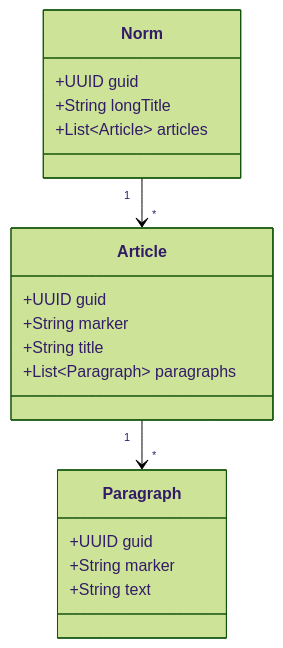
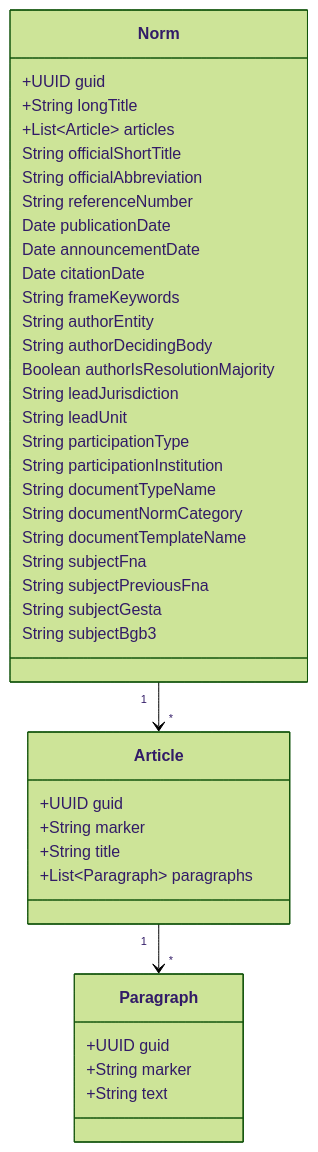
One commit to digitalservicebund/ris-backend-service changed the diagram in doc/norms/domain-model.md. Above: the diagram before and after it, drawn with Mermaid (forest theme). The commit also changed 1 other file, not shown here.

Commit message:
Added fields in Norm | Update domain model doc

````diff
--- a/doc/norms/domain-model.md
+++ b/doc/norms/domain-model.md
@@ -3,21 +3,48 @@
 ```mermaid
 classDiagram
-  class Norm
-  Norm : +UUID guid
-  Norm : +String longTitle
-  Norm : +List~Article~ articles
+  class Norm {
+    +UUID guid
+    +String longTitle
+    +List~Article~ articles
+    String officialShortTitle
+    String officialAbbreviation
+    String referenceNumber
+    Date publicationDate
+    Date announcementDate
+    Date citationDate
+    String frameKeywords
+    String authorEntity
+    String authorDecidingBody
+    Boolean authorIsResolutionMajority
+    String leadJurisdiction
+    String leadUnit
+    String participationType
+    String participationInstitution
+    String documentTypeName
+    String documentNormCategory
+    String documentTemplateName
+    String subjectFna
+    String subjectPreviousFna
+    String subjectGesta
+    String subjectBgb3
+  }
 
-  class Article
-  Article : +UUID guid
-  Article : +String marker
-  Article : +String title
-  Article : +List~Paragraph~ paragraphs
+  class Article {
+    +UUID guid
+    +String marker
+    +String title
+    +List~Paragraph~ paragraphs
+  }
 
-  class Paragraph
-  Paragraph : +UUID guid
-  Paragraph : +String marker
-  Paragraph : +String text
+
+  class Paragraph {
+    +UUID guid
+    +String marker
+    +String text
+  }
+
 
   Norm "1" --> "*" Article
   Article "1" --> "*" Paragraph
+
 ```
````
